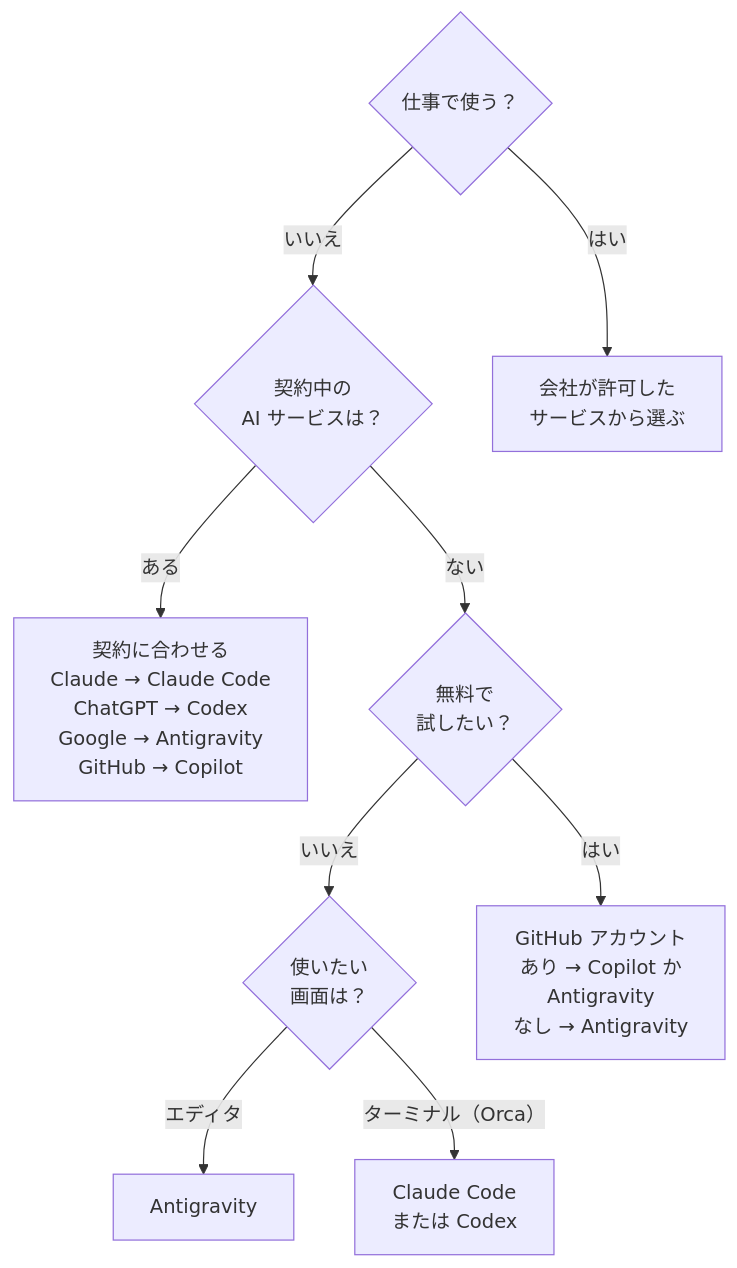
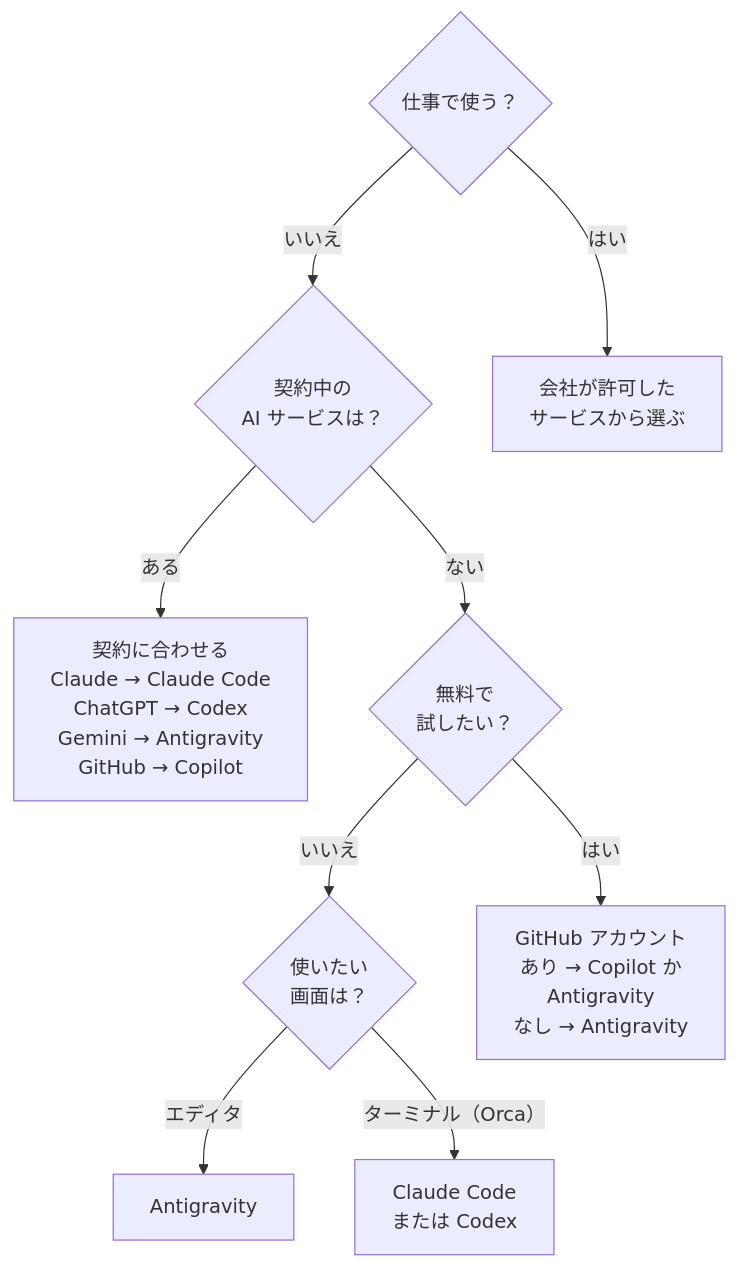
The second of 6 diagrams in docs/03-tools.md (fujitamasayoshi0402/ai-dev-setup), drawn with Mermaid before and after one commit. The commit also changed other lines of this file and 3 other files, not shown here.

First line of the commit message:
docs: Antigravity の説明を「Google」から「Gemini」中心の表現に変更

````diff
--- a/docs/03-tools.md
+++ b/docs/03-tools.md
@@ -43,12 +43,12 @@
 ```mermaid
 flowchart TD
     q0{"仕事で使う？"}
     q0 -- "いいえ" --> q1{"契約中の<br>AI サービスは？"}
     q0 -- "はい" --> work["会社が許可した<br>サービスから選ぶ"]
-    q1 -- "ある" --> map["契約に合わせる<br>Claude → Claude Code<br>ChatGPT → Codex<br>Google → Antigravity<br>GitHub → Copilot"]
+    q1 -- "ある" --> map["契約に合わせる<br>Claude → Claude Code<br>ChatGPT → Codex<br>Gemini → Antigravity<br>GitHub → Copilot"]
     q1 -- "ない" --> q2{"無料で<br>試したい？"}
     q2 -- "いいえ" --> q3{"使いたい<br>画面は？"}
     q2 -- "はい" --> free["GitHub アカウント<br>あり → Copilot か<br>Antigravity<br>なし → Antigravity"]
     q3 -- "エディタ" --> ag["Antigravity"]
     q3 -- "ターミナル（Orca）" --> cli["Claude Code<br>または Codex"]
 ```
````
